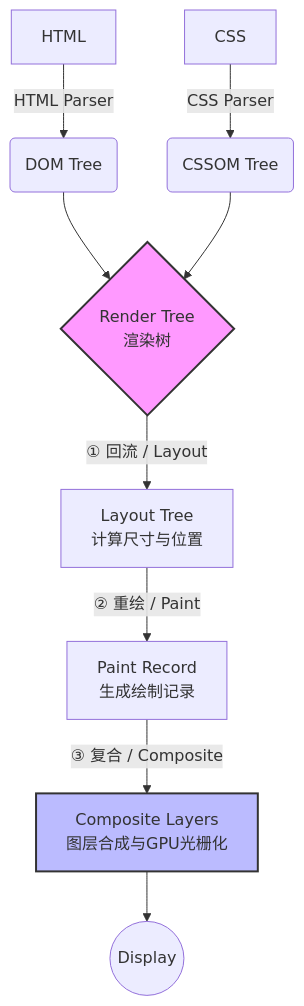
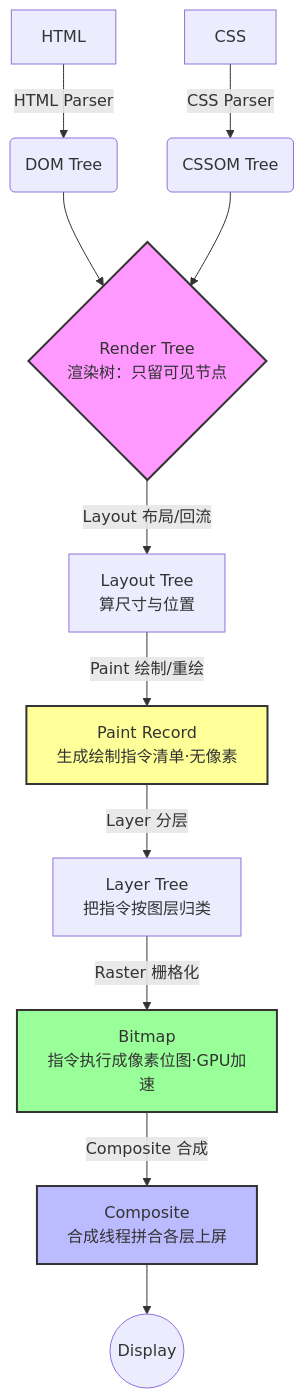
The first of 3 diagrams in 01-HTML-CSS/01-底层渲染与机制/深入理解浏览器渲染机制与CSS底层模型.md (mengzhu-mmc/web-notes), drawn with Mermaid before and after one commit. The commit also changed other lines of this file, not shown here.

Commit message:
docs(render): 头部流程图补齐分层/栅格化/合成三步并标注作用

````diff
--- a/01-HTML-CSS/01-底层渲染与机制/深入理解浏览器渲染机制与CSS底层模型.md
+++ b/01-HTML-CSS/01-底层渲染与机制/深入理解浏览器渲染机制与CSS底层模型.md
@@ -9,14 +9,18 @@
 ```mermaid
 graph TD
     A[HTML] -->|HTML Parser| B(DOM Tree)
     C[CSS] -->|CSS Parser| D(CSSOM Tree)
-    B --> E{Render Tree<br>渲染树}
+    B --> E{Render Tree<br>渲染树：只留可见节点}
     D --> E
-    E -->|① 回流 / Layout| F[Layout Tree<br>计算尺寸与位置]
-    F -->|② 重绘 / Paint| G[Paint Record<br>生成绘制记录]
-    G -->|③ 复合 / Composite| H[Composite Layers<br>图层合成与GPU光栅化]
+    E -->|Layout 布局/回流| F[Layout Tree<br>算尺寸与位置]
+    F -->|Paint 绘制/重绘| G[Paint Record<br>生成绘制指令清单·无像素]
+    G -->|Layer 分层| J[Layer Tree<br>把指令按图层归类]
+    J -->|Raster 栅格化| K[Bitmap<br>指令执行成像素位图·GPU加速]
+    K -->|Composite 合成| H[Composite<br>合成线程拼合各层上屏]
     H --> I((Display))
 
     style E fill:#f9f,stroke:#333,stroke-width:2px
+    style G fill:#ff9,stroke:#333,stroke-width:2px
+    style K fill:#9f9,stroke:#333,stroke-width:2px
     style H fill:#bbf,stroke:#333,stroke-width:2px
 ```
````
